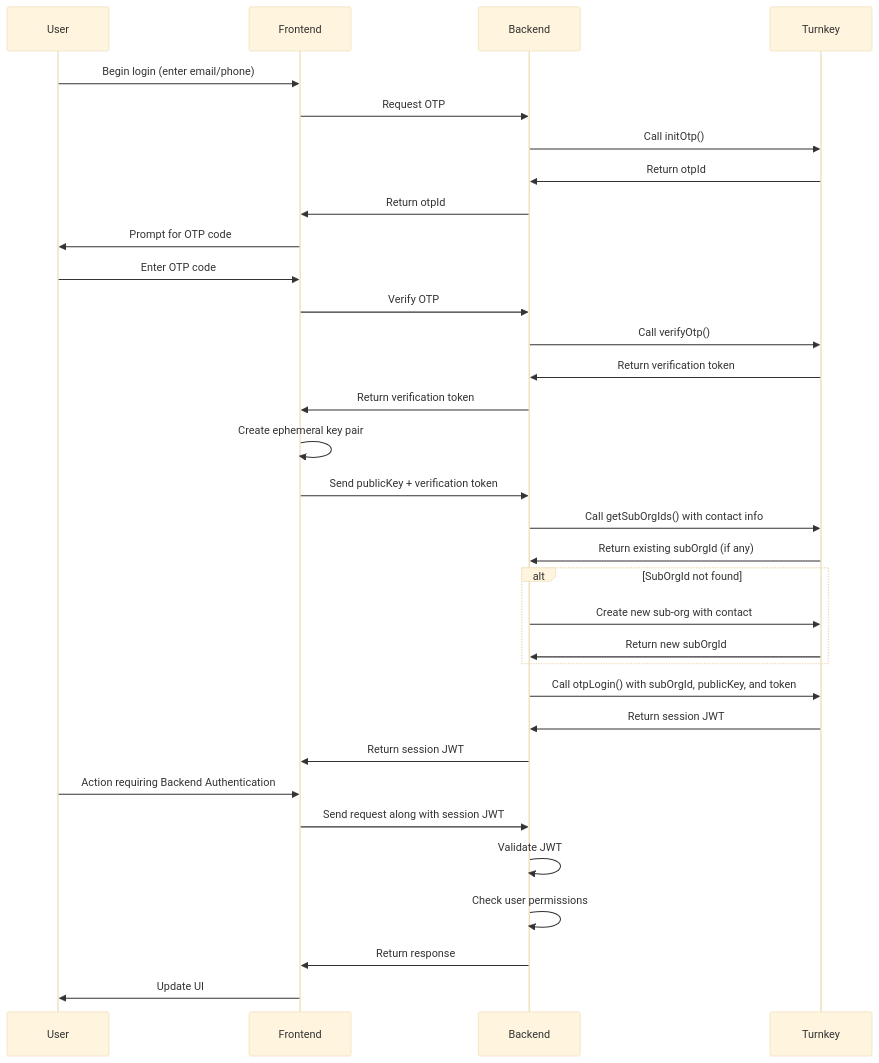
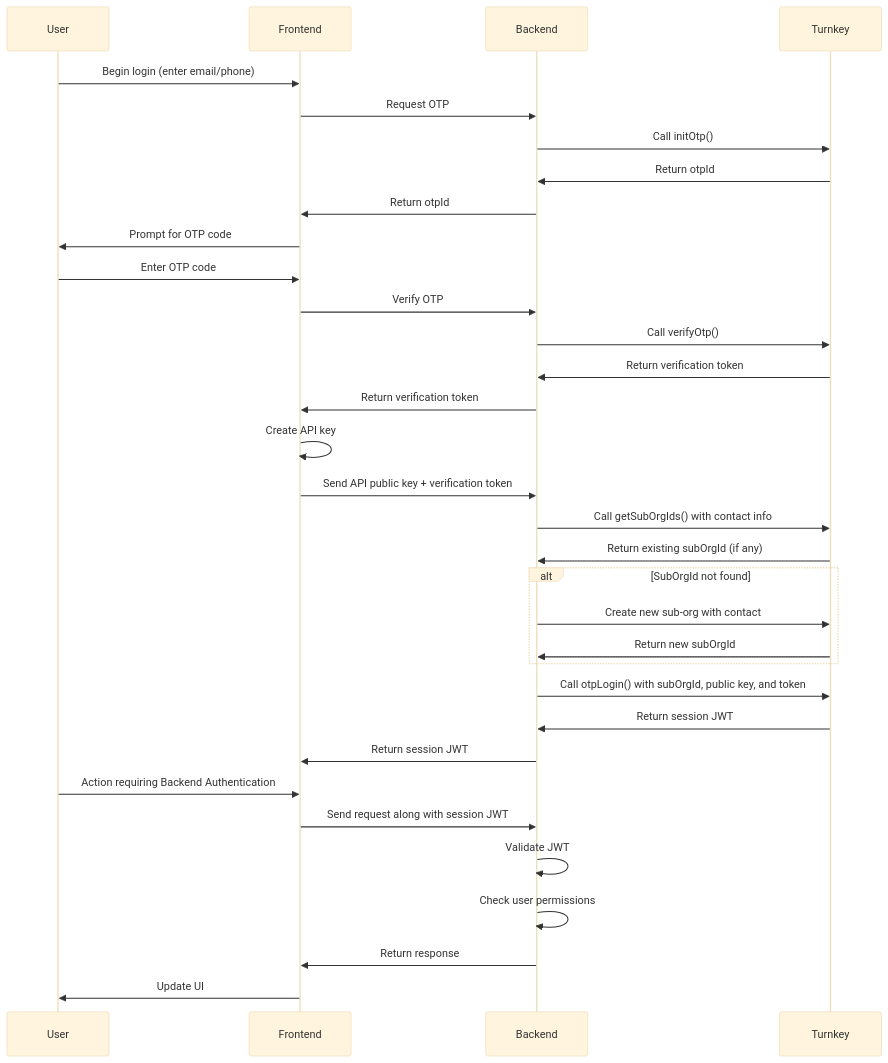
The fourth of 4 diagrams in authentication/backend-setup.mdx (tkhq/docs), drawn with Mermaid (base theme) before and after one commit. The commit also changed other lines of this file, not shown here.

````diff
--- a/authentication/backend-setup.mdx
+++ b/authentication/backend-setup.mdx
@@ -156,36 +155,36 @@
 ```mermaid
 sequenceDiagram
     participant User
     participant Frontend
     participant Backend
     participant Turnkey
 
     User->>Frontend: Begin login (enter email/phone)
     Frontend->>Backend: Request OTP
     Backend->>Turnkey: Call initOtp()
     Turnkey->>Backend: Return otpId
     Backend->>Frontend: Return otpId
     Frontend->>User: Prompt for OTP code
     User->>Frontend: Enter OTP code
     Frontend->>Backend: Verify OTP
     Backend->>Turnkey: Call verifyOtp()
     Turnkey->>Backend: Return verification token
     Backend->>Frontend: Return verification token
-    Frontend->>Frontend: Create ephemeral key pair
-    Frontend->>Backend: Send publicKey + verification token
+    Frontend->>Frontend: Create API key
+    Frontend->>Backend: Send API public key + verification token
     Backend->>Turnkey: Call getSubOrgIds() with contact info
     Turnkey->>Backend: Return existing subOrgId (if any)
     alt SubOrgId not found
         Backend->>Turnkey: Create new sub-org with contact
         Turnkey->>Backend: Return new subOrgId
     end
-    Backend->>Turnkey: Call otpLogin() with subOrgId, publicKey, and token
+    Backend->>Turnkey: Call otpLogin() with subOrgId, public key, and token
     Turnkey->>Backend: Return session JWT
     Backend->>Frontend: Return session JWT
     User->>Frontend: Action requiring Backend Authentication
     Frontend->>Backend: Send request along with session JWT
     Backend->>Backend: Validate JWT
     Backend->>Backend: Check user permissions
     Backend->>Frontend: Return response
     Frontend->>User: Update UI
 ```
````
